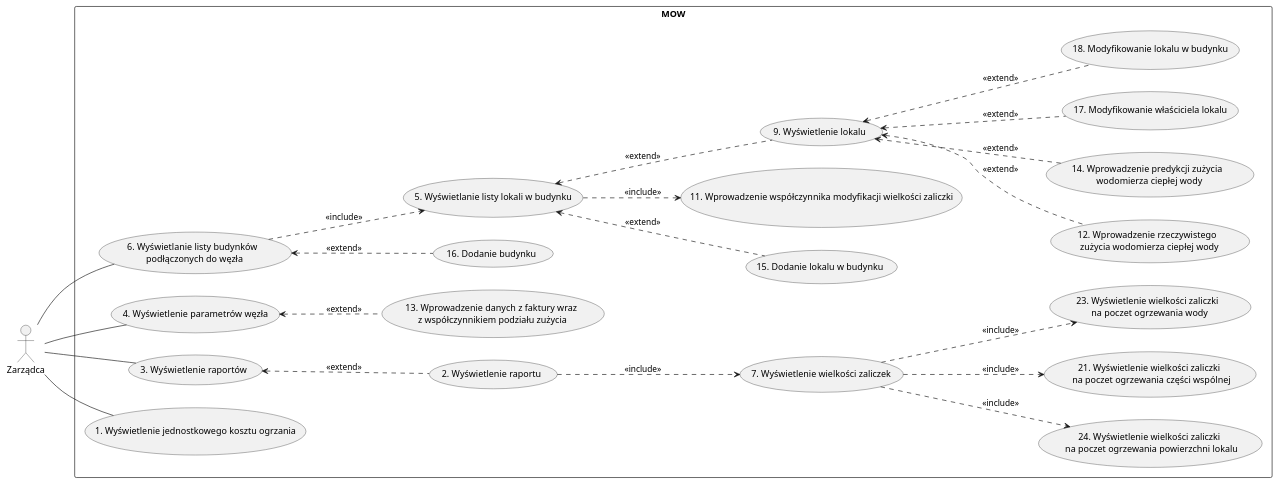
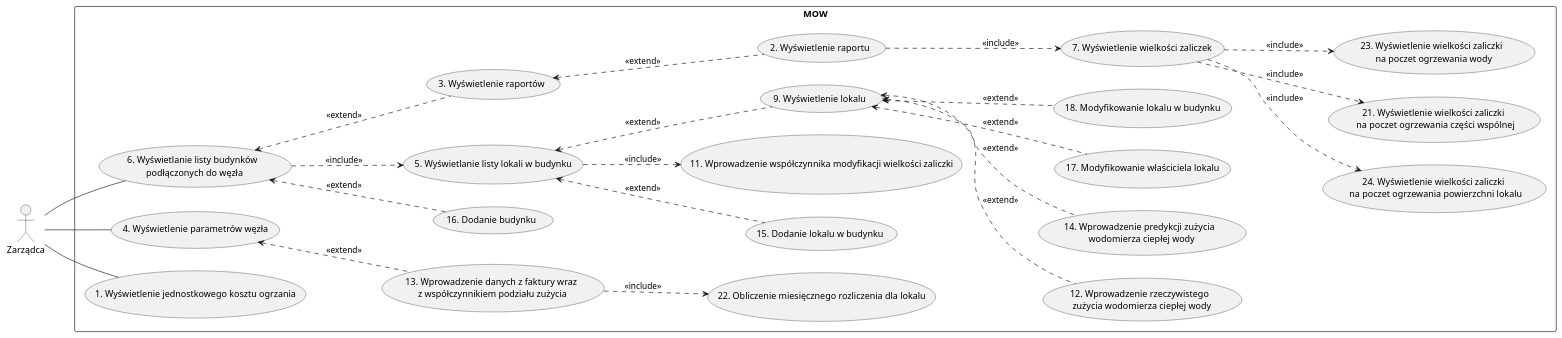
The diagram in src/main/resources/MOW/diagramPrzypadkowUzyciaMOWZarzadca.puml (malinowskaMM/Heat-billing-system-SSBD---UML-diagrams), drawn with PlantUML before and after one commit.

Commit message:
diagramy przypadków użycia mow

```diff
--- a/src/main/resources/MOW/diagramPrzypadkowUzyciaMOWZarzadca.puml
+++ b/src/main/resources/MOW/diagramPrzypadkowUzyciaMOWZarzadca.puml
@@ -1,57 +1,56 @@
   @startuml
     left to right direction
+
     actor Zarządca as z
 
     rectangle MOW {
-    usecase "16. Dodanie budynku" as MOW136
-    usecase "15. Dodanie lokalu w budynku" as MOW135
+    usecase "16. Dodanie budynku" as MOW16
+    usecase "15. Dodanie lokalu w budynku" as MOW15
     usecase "12. Wprowadzenie rzeczywistego \n zużycia wodomierza ciepłej wody" as MOW12
     usecase "14. Wprowadzenie predykcji zużycia \n wodomierza ciepłej wody" as MOW14
     usecase "13. Wprowadzenie danych z faktury wraz\n z współczynnikiem podziału zużycia" as MOW13
     usecase "17. Modyfikowanie właściciela lokalu" as MOW17
     usecase "18. Modyfikowanie lokalu w budynku" as MOW18
     usecase "5. Modyfikowanie lokalu w budynku" as MOW5
     usecase "24. Wyświetlenie wielkości zaliczki \n na poczet ogrzewania powierzchni lokalu" as MOW24
     usecase "21. Wyświetlenie wielkości zaliczki \n na poczet ogrzewania części wspólnej" as MOW21
     usecase "23. Wyświetlenie wielkości zaliczki \n na poczet ogrzewania wody" as MOW23
     usecase "12. Wprowadzenie rzeczywistego \n zużycia wodomierza ciepłej wody" as MOW12
     usecase "7. Wyświetlenie wielkości zaliczek" as MOW7
     usecase "11. Wprowadzenie współczynnika modyfikacji wielkości zaliczki" as MOW11
     usecase "6. Wyświetlanie listy budynków \n podłączonych do węzła" as MOW6
     usecase "5. Wyświetlanie listy lokali w budynku" as MOW5
     usecase "4. Wyświetlenie parametrów węzła" as MOW4
     usecase "2. Wyświetlenie raportu" as MOW2
     usecase "3. Wyświetlenie raportów" as MOW3
     usecase "1. Wyświetlenie jednostkowego kosztu ogrzania" as MOW1
     usecase "9. Wyświetlenie lokalu" as MOW9
+    usecase "22. Obliczenie miesięcznego rozliczenia dla lokalu" as MOW22
     }
 
-  MOW6 <.. MOW136: <<extend>>
+  MOW6 <.. MOW16: <<extend>>
   MOW4 <.. MOW13: <<extend>>
-  MOW5 <.. MOW135: <<extend>>
+  MOW13 ..> MOW22: <<include>>
+  MOW5 <.. MOW15: <<extend>>
   MOW9 <.. MOW12: <<extend>>
   MOW9 <.. MOW14: <<extend>>
   MOW9 <.. MOW17: <<extend>>
   MOW9 <.. MOW18: <<extend>>
 
   MOW2 ..> MOW7: <<include>>
   MOW3 <.. MOW2: <<extend>>
 
   MOW7 ..> MOW24: <<include>>
   MOW7 ..> MOW21: <<include>>
   MOW7 ..> MOW23: <<include>>
 
   MOW6 ..> MOW5: <<include>>
   MOW5 <.. MOW9: <<extend>>
   MOW5 ..> MOW11: <<include>>
+  MOW6 <.. MOW3: <<extend>>
 
-
-
-
-    z -- MOW3
     z -- MOW4
     z -- MOW6
-
     z -- MOW1
 
     @enduml
```
